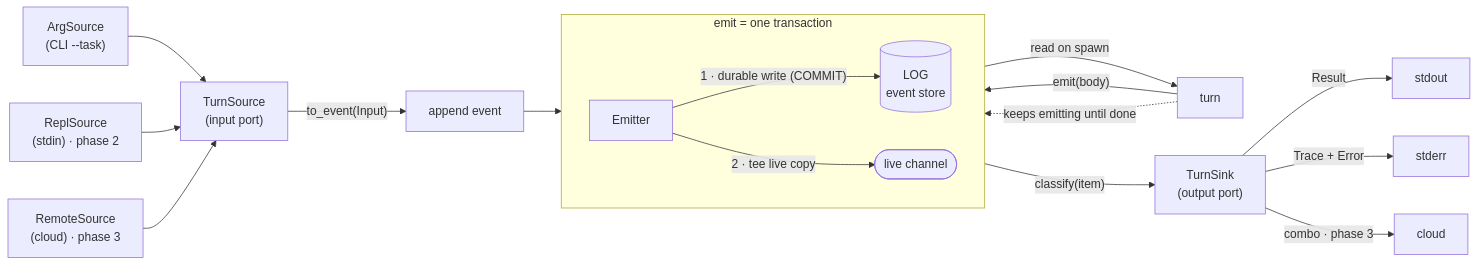
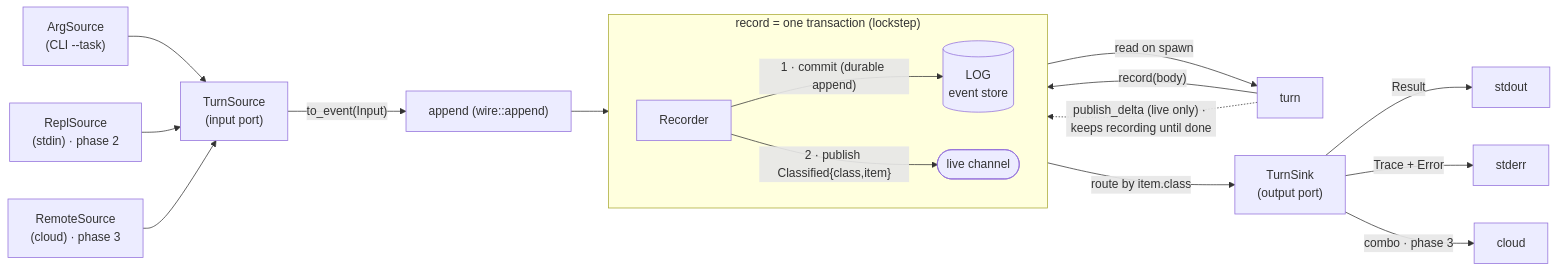
The first of 3 diagrams in gait-rs/docs/specs/2026-06-13-turn-io-ports.diagram.md (qtpi-bonding/gait), drawn with Mermaid before and after one commit. The commit also changed other lines of this file and 1 other file, not shown here.

First line of the commit message:
docs: rename Emitter→Recorder; record=commit+publish lockstep

````diff
--- a/gait-rs/docs/specs/2026-06-13-turn-io-ports.diagram.md
+++ b/gait-rs/docs/specs/2026-06-13-turn-io-ports.diagram.md
@@ -11,29 +11,29 @@
 ```mermaid
 flowchart LR
     ARG["ArgSource<br/>(CLI --task)"]
     REPL_IN["ReplSource<br/>(stdin) · phase 2"]
     REMOTE_IN["RemoteSource<br/>(cloud) · phase 3"]
 
     ARG --> SRC
     REPL_IN --> SRC
     REMOTE_IN --> SRC
 
-    SRC["TurnSource<br/>(input port)"] -->|"to_event(Input)"| APPEND["append event"]
+    SRC["TurnSource<br/>(input port)"] -->|"to_event(Input)"| APPEND["append (wire::append)"]
     APPEND --> LOG[("LOG<br/>event store")]
     LOG -->|"read on spawn"| TURN["turn"]
 
-    TURN -->|"emit(body)"| EM["Emitter"]
+    TURN -->|"record(body)"| REC["Recorder"]
 
-    subgraph TX["emit = one transaction"]
+    subgraph TX["record = one transaction (lockstep)"]
         direction LR
-        EM -->|"1 · durable write (COMMIT)"| LOG
-        EM -->|"2 · tee live copy"| CH(["live channel"])
+        REC -->|"1 · commit (durable append)"| LOG
+        REC -->|"2 · publish Classified{class,item}"| CH(["live channel"])
     end
 
-    CH -->|"classify(item)"| SINK["TurnSink<br/>(output port)"]
+    CH -->|"route by item.class"| SINK["TurnSink<br/>(output port)"]
     SINK -->|"Result"| OUT_STD["stdout"]
     SINK -->|"Trace + Error"| OUT_ERR["stderr"]
     SINK -->|"combo · phase 3"| OUT_CLOUD["cloud"]
 
-    TURN -. "keeps emitting until done" .-> EM
+    TURN -. "publish_delta (live only) · keeps recording until done" .-> REC
 ```
````
